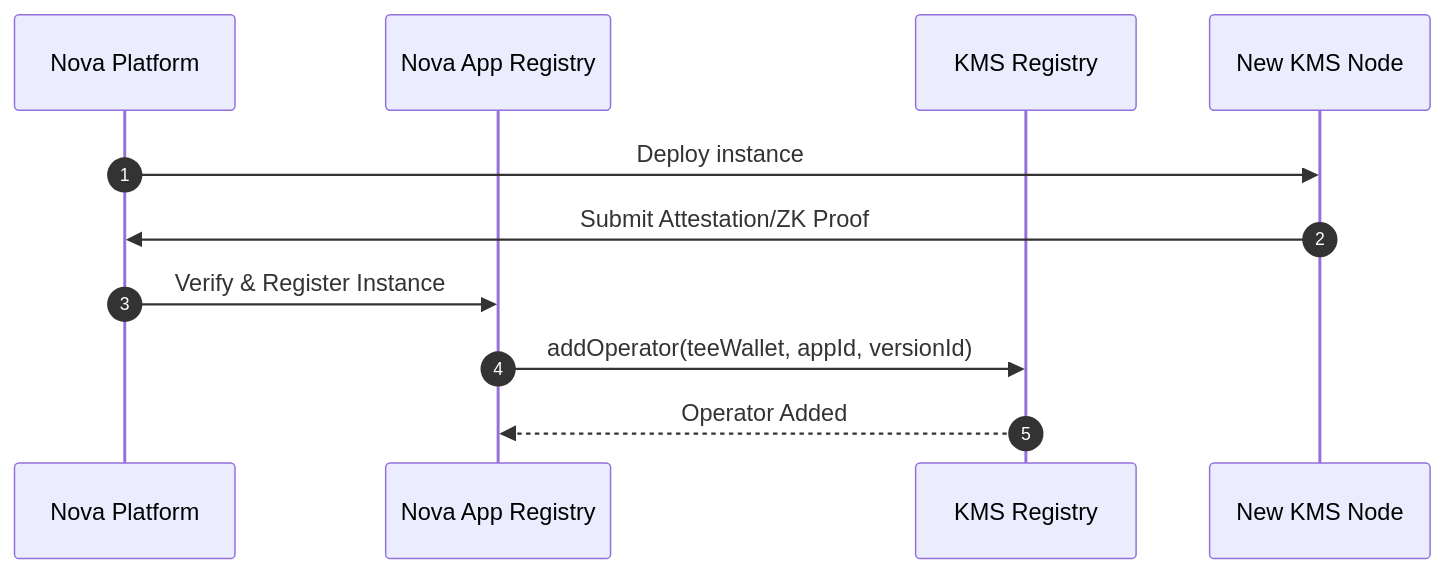
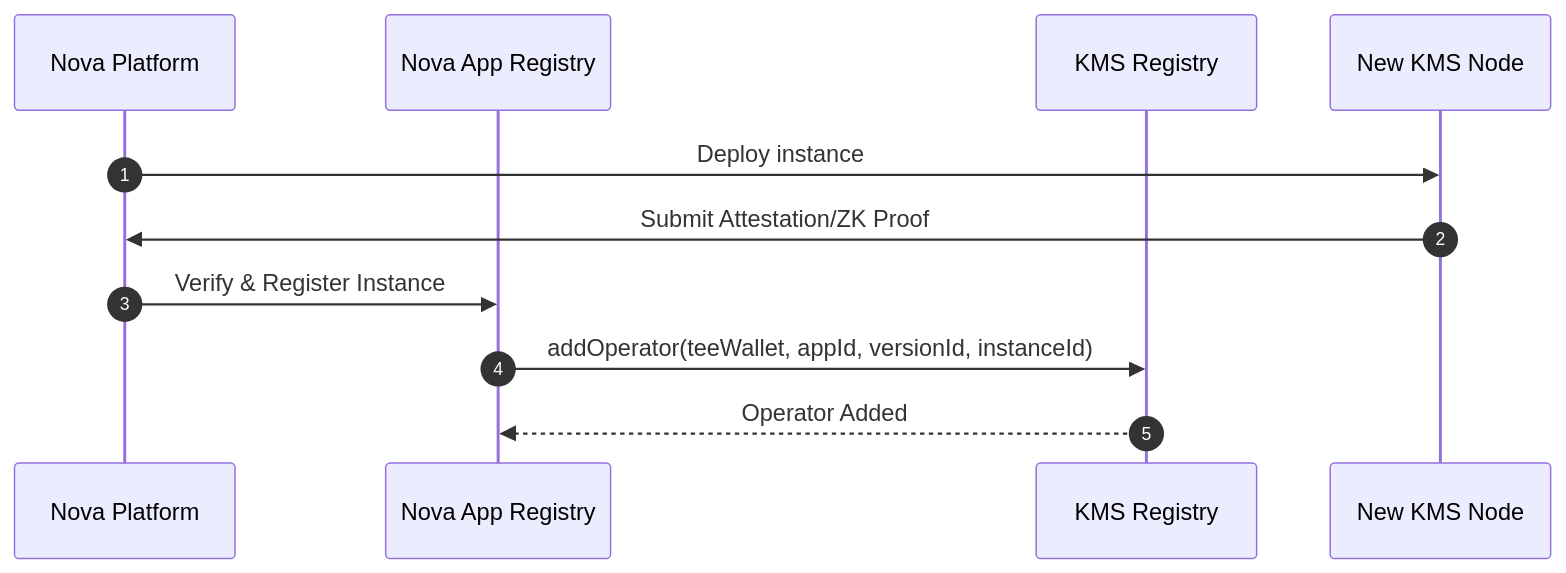
The second of 5 diagrams in docs/kms-core-workflows.md (sparsity-xyz/nova-kms), drawn with Mermaid before and after one commit. The commit also changed other lines of this file and 17 other files, not shown here.

````diff
--- a/docs/kms-core-workflows.md
+++ b/docs/kms-core-workflows.md
@@ -68,14 +68,14 @@
 ```mermaid
 sequenceDiagram
     autonumber
     participant Platform as Nova Platform
     participant AppReg as Nova App Registry
     participant KMSReg as KMS Registry
     participant Node as New KMS Node
 
     Platform->>Node: Deploy instance
     Node->>Platform: Submit Attestation/ZK Proof
     Platform->>AppReg: Verify & Register Instance
-    AppReg->>KMSReg: addOperator(teeWallet, appId, versionId)
+    AppReg->>KMSReg: addOperator(teeWallet, appId, versionId, instanceId)
     KMSReg-->>AppReg: Operator Added
 ```
````
